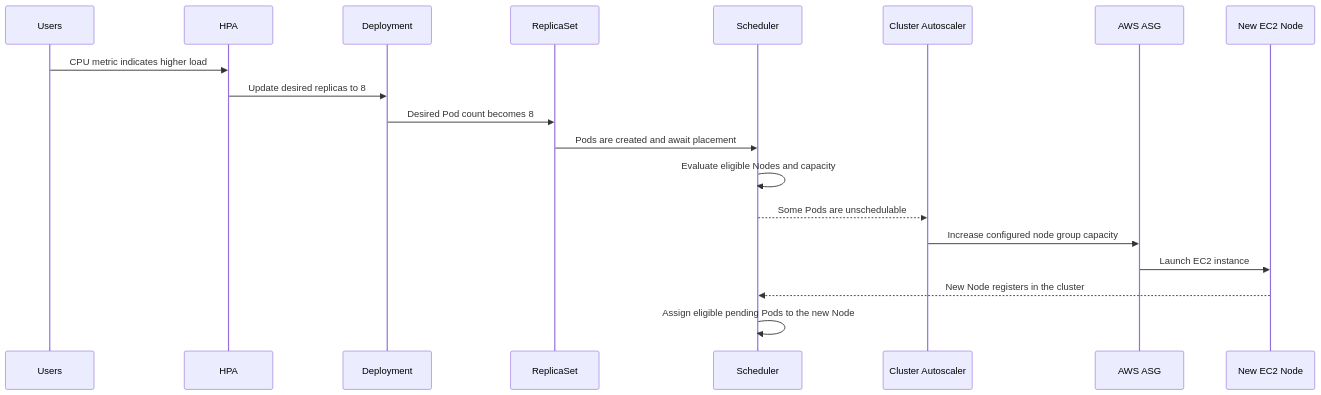
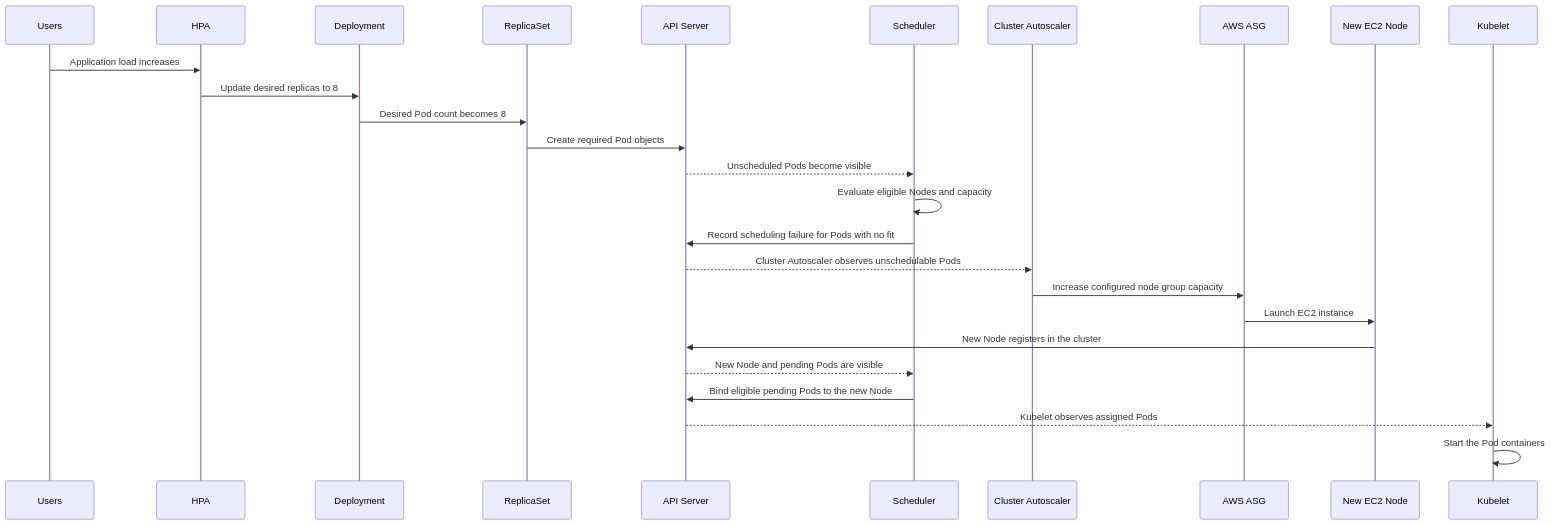
Before and after one commit to shomi-khan/k8s-tutorial: diagram 11 of 12 in chapters/00-kubernetes-foundation/README.md, drawn with Mermaid.

Commit message:
docs: correct Kubernetes component interaction diagram

````diff
--- a/chapters/00-kubernetes-foundation/README.md
+++ b/chapters/00-kubernetes-foundation/README.md
@@ -454,22 +454,29 @@
 ```mermaid
 sequenceDiagram
     participant U as Users
     participant H as HPA
     participant D as Deployment
     participant RS as ReplicaSet
+    participant API as API Server
     participant S as Scheduler
     participant CA as Cluster Autoscaler
     participant A as AWS ASG
     participant N as New EC2 Node
+    participant K as Kubelet
 
-    U->>H: CPU metric indicates higher load
+    U->>H: Application load increases
     H->>D: Update desired replicas to 8
     D->>RS: Desired Pod count becomes 8
-    RS->>S: Pods are created and await placement
+    RS->>API: Create required Pod objects
+    API-->>S: Unscheduled Pods become visible
     S->>S: Evaluate eligible Nodes and capacity
-    S-->>CA: Some Pods are unschedulable
+    S->>API: Record scheduling failure for Pods with no fit
+    API-->>CA: Cluster Autoscaler observes unschedulable Pods
     CA->>A: Increase configured node group capacity
     A->>N: Launch EC2 instance
-    N-->>S: New Node registers in the cluster
-    S->>S: Assign eligible pending Pods to the new Node
+    N->>API: New Node registers in the cluster
+    API-->>S: New Node and pending Pods are visible
+    S->>API: Bind eligible pending Pods to the new Node
+    API-->>K: Kubelet observes assigned Pods
+    K->>K: Start the Pod containers
 ```
````
